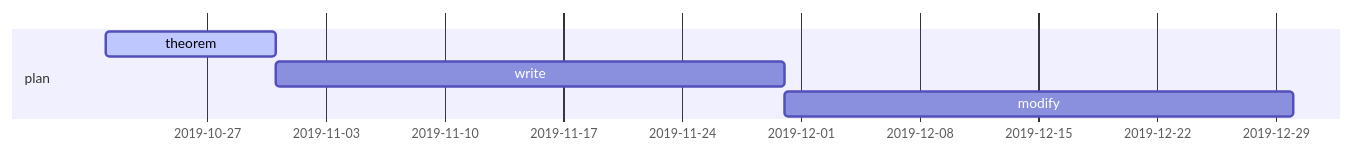
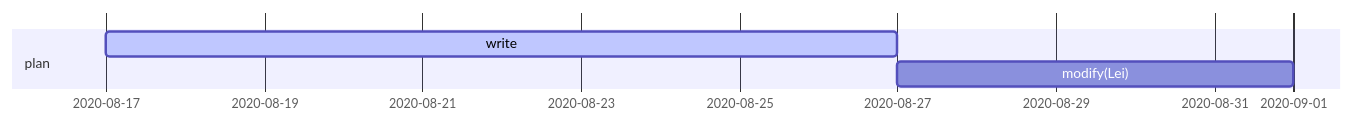
One commit to libin1987832/hexo_genkins changed the diagram in source/_posts/schedule.md. Above: the diagram before and after it, drawn with Mermaid. The commit also changed 1 other file, not shown here.

Commit message:
2020-08-17

```diff
--- a/source/_posts/schedule.md
+++ b/source/_posts/schedule.md
@@ -9,6 +9,5 @@
 {% mermaid gantt %}	
 	section plan
-	theorem     :active,    des1, 2019-10-21,10d
-	write        : des2, after des1, 30d
-	modify      :         des3, after des2, 30d
+	write     :active,    des1, 2020-08-17,10d
+	modify(Lei)        : des2, after des1, 5d
 {% endmermaid %}
```
